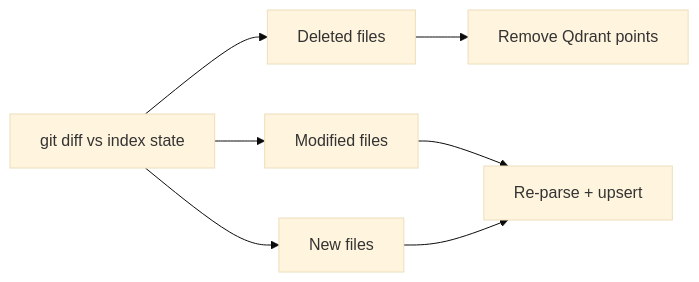
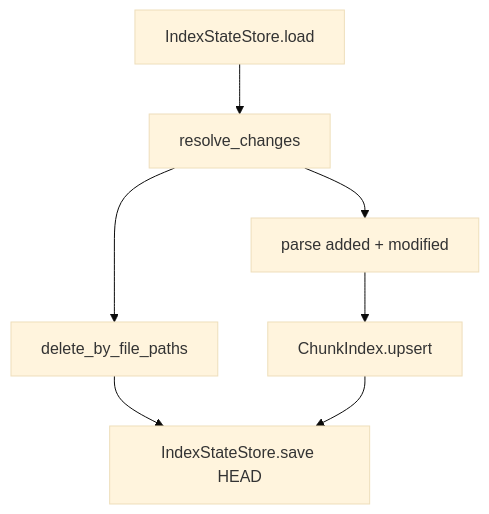
Before and after one commit to artis2021/Drishti: the fourth of 4 diagrams in docs/architecture/as-built-code-ingestion.md, drawn with Mermaid (base theme). The commit also changed other lines of this file and 6 other files, not shown here.

First line of the commit message:
docs: Sync architecture docs after rebase onto develop

````diff
--- a/docs/architecture/as-built-code-ingestion.md
+++ b/docs/architecture/as-built-code-ingestion.md
@@ -160,9 +161,9 @@
 ```mermaid
-flowchart LR
-    GIT[git diff vs index state] --> DEL[Deleted files]
-    GIT --> MOD[Modified files]
-    GIT --> NEW[New files]
-    DEL --> PURGE[Remove Qdrant points]
-    MOD --> REPARSE[Re-parse + upsert]
-    NEW --> REPARSE
+flowchart TD
+    ST[IndexStateStore.load] --> DIFF[resolve_changes]
+    DIFF --> DEL[delete_by_file_paths]
+    DIFF --> PARSE[parse added + modified]
+    PARSE --> UPSERT[ChunkIndex.upsert]
+    DEL --> SAVE[IndexStateStore.save HEAD]
+    UPSERT --> SAVE
 ```
````
